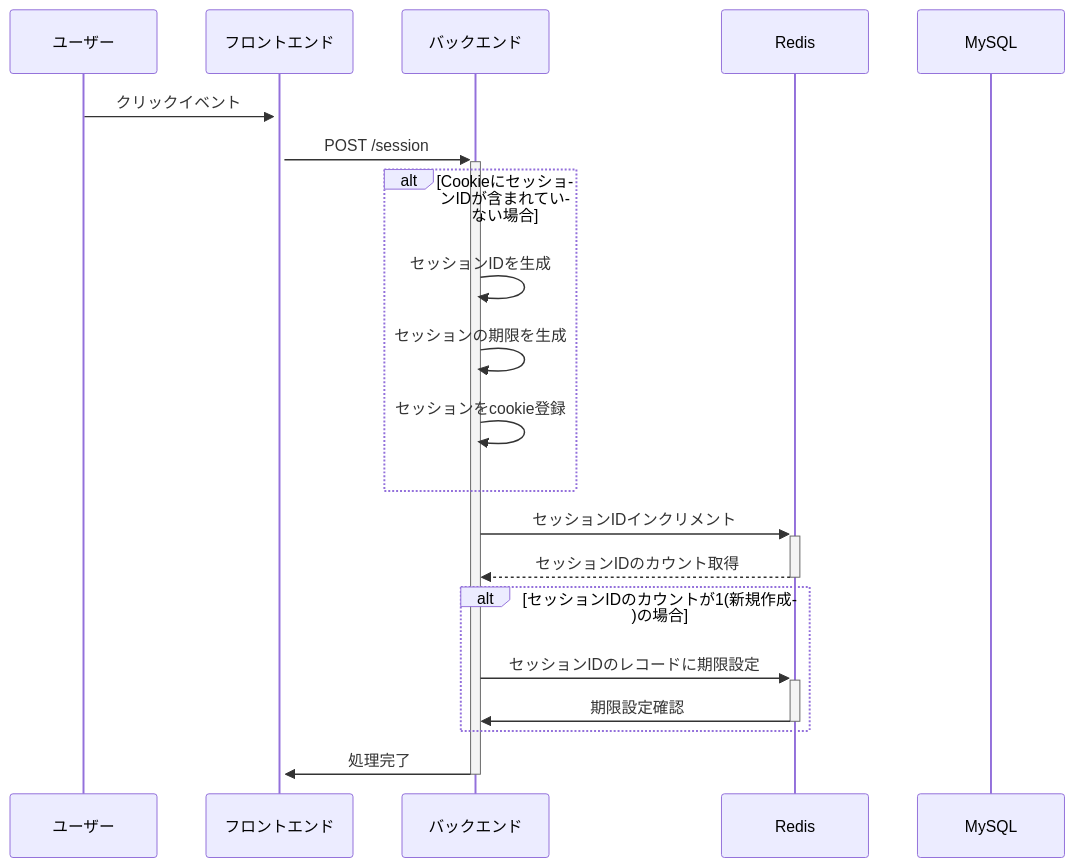
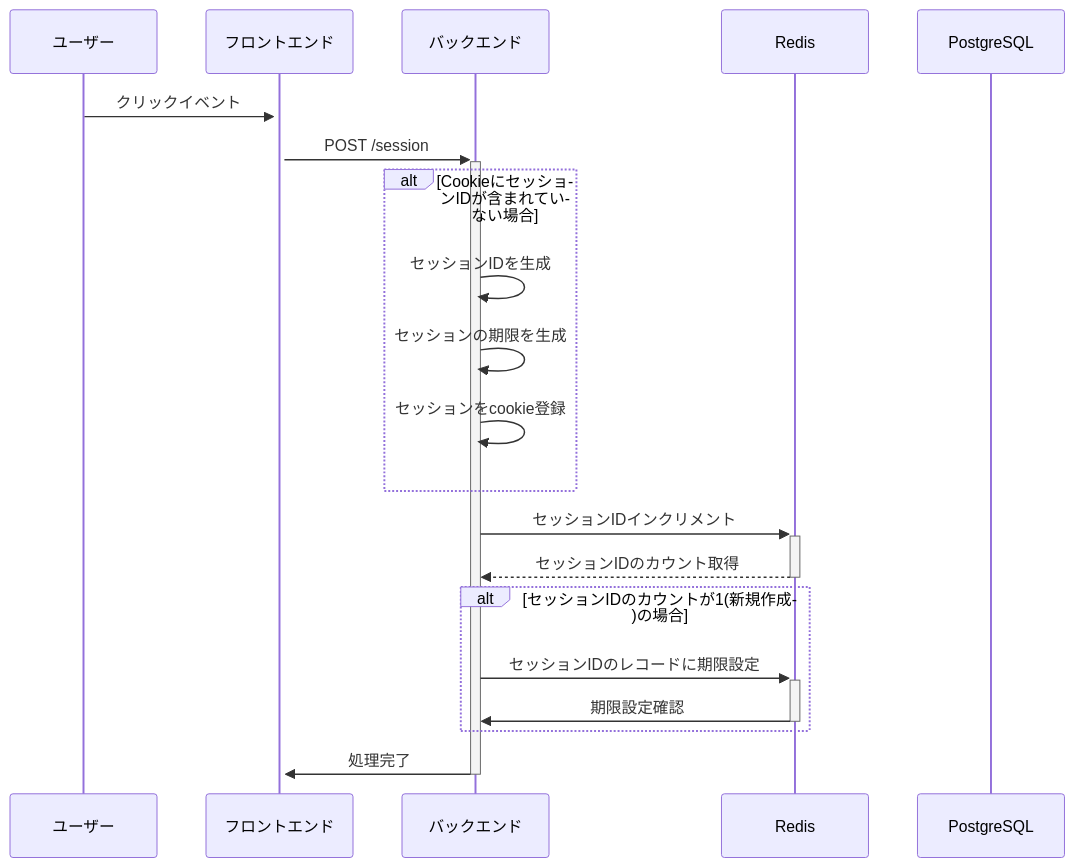
One commit to playpark-llc/kazoeru-kun changed the first of 5 diagrams in README.md. Above: the diagram before and after it, drawn with Mermaid. The commit also changed other lines of this file and 1 other file, not shown here.

First line of the commit message:
docs: Update README.md and CLAUDE.md for PostgreSQL migration

````diff
--- a/README.md
+++ b/README.md
@@ -93,24 +96,24 @@
 ```mermaid
 sequenceDiagram
     participant User as ユーザー
     participant Frontend as フロントエンド
     participant Backend as バックエンド
     participant Redis as Redis
-    participant MySQL as MySQL
+    participant PostgreSQL as PostgreSQL
 
     User->>+Frontend: クリックイベント
     Frontend->>+Backend: POST /session
     alt CookieにセッションIDが含まれていない場合
       Backend->>Backend: セッションIDを生成
       Backend->>Backend: セッションの期限を生成
       Backend->>Backend: セッションをcookie登録
     end
     Backend->>+Redis: セッションIDインクリメント
     Redis-->>-Backend: セッションIDのカウント取得
     alt セッションIDのカウントが1(新規作成)の場合
       Backend->>+Redis: セッションIDのレコードに期限設定
       Redis->>-Backend: 期限設定確認
     end
     Backend->>-Frontend: 処理完了
 
 ```
````
